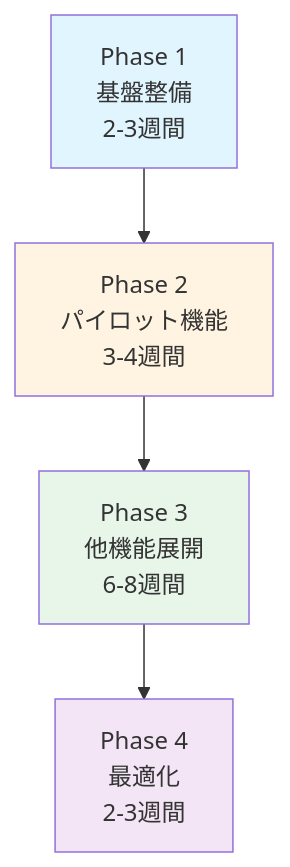
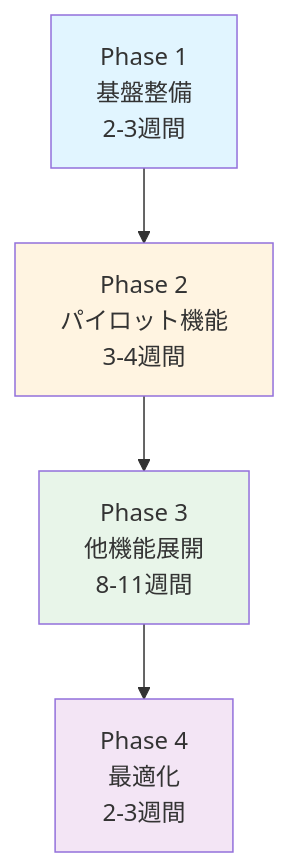
The diagram in 06_リファクタリング計画書.md (gityonekou/MyHouseholdAccountBook), drawn with Mermaid before and after one commit. The commit also changed other lines of this file and 1 other file, not shown here.

````diff
--- a/06_リファクタリング計画書.md
+++ b/06_リファクタリング計画書.md
@@ -89,16 +90,16 @@
 ```mermaid
 graph TB
     P1[Phase 1<br/>基盤整備<br/>2-3週間]
     P2[Phase 2<br/>パイロット機能<br/>3-4週間]
-    P3[Phase 3<br/>他機能展開<br/>6-8週間]
+    P3[Phase 3<br/>他機能展開<br/>8-11週間]
     P4[Phase 4<br/>最適化<br/>2-3週間]
     
     P1 --> P2
     P2 --> P3
     P3 --> P4
     
     style P1 fill:#e1f5ff
     style P2 fill:#fff4e1
     style P3 fill:#e8f5e9
     style P4 fill:#f3e5f5
 ```
````
